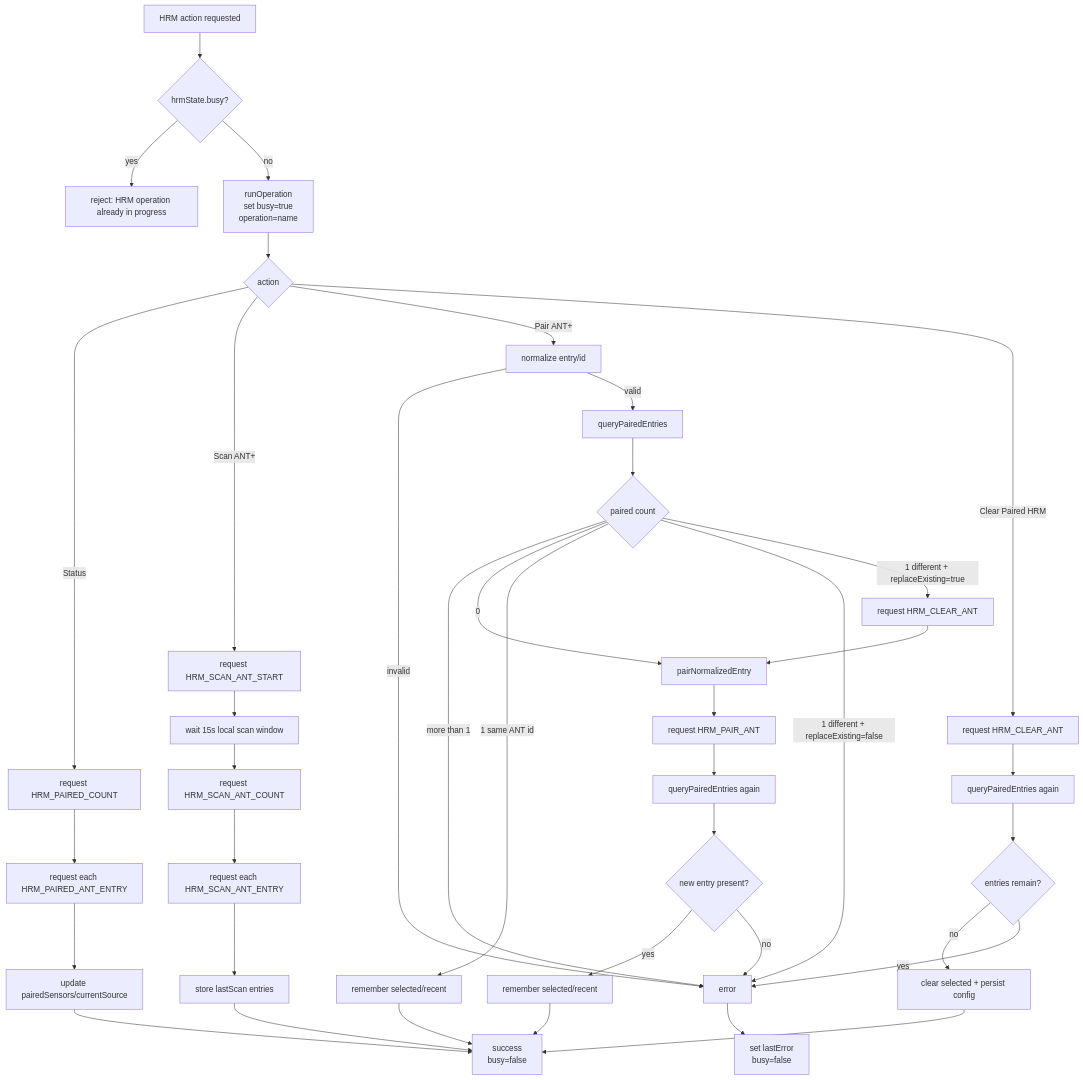
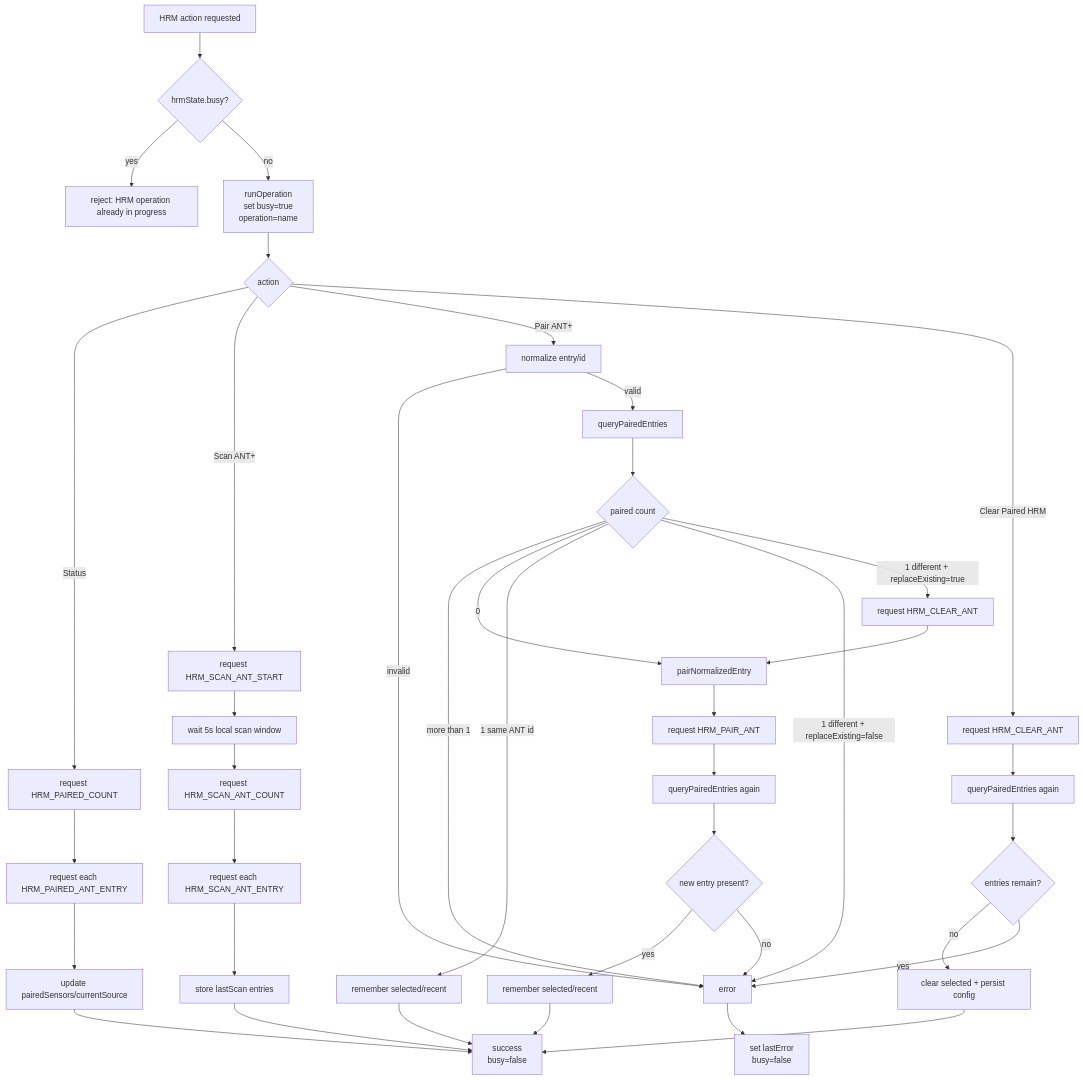
The second of 2 diagrams in apps/coretemp/README.md (HeatSuiteLabs/BangleApps), drawn with Mermaid before and after one commit. The commit also changed other lines of this file and 3 other files, not shown here.

Commit message:
Reduce ANT+ scan window from 15 to 5 seconds

````diff
--- a/apps/coretemp/README.md
+++ b/apps/coretemp/README.md
@@ -184,48 +184,48 @@
 ```mermaid
 flowchart TD
   A[HRM action requested] --> B{hrmState.busy?}
   B -->|yes| Z[reject: HRM operation already in progress]
   B -->|no| C[runOperation<br/>set busy=true<br/>operation=name]
 
   C --> D{action}
 
   D -->|Status| E[request HRM_PAIRED_COUNT]
   E --> F[request each HRM_PAIRED_ANT_ENTRY]
   F --> G[update pairedSensors/currentSource]
   G --> Y[success<br/>busy=false]
 
   D -->|Scan ANT+| H[request HRM_SCAN_ANT_START]
-  H --> I[wait 15s local scan window]
+  H --> I[wait 5s local scan window]
   I --> J[request HRM_SCAN_ANT_COUNT]
   J --> K[request each HRM_SCAN_ANT_ENTRY]
   K --> L[store lastScan entries]
   L --> Y
 
   D -->|Pair ANT+| M[normalize entry/id]
   M -->|invalid| X[error]
   M -->|valid| N[queryPairedEntries]
   N --> O{paired count}
   O -->|more than 1| X
   O -->|0| P[pairNormalizedEntry]
   O -->|1 same ANT id| Q[remember selected/recent]
   O -->|1 different + replaceExisting=false| X
   O -->|1 different + replaceExisting=true| R[request HRM_CLEAR_ANT]
   R --> P
   Q --> Y
 
   P --> S[request HRM_PAIR_ANT]
   S --> T[queryPairedEntries again]
   T --> U{new entry present?}
   U -->|yes| V[remember selected/recent]
   U -->|no| X
   V --> Y
 
   D -->|Clear Paired HRM| AA[request HRM_CLEAR_ANT]
   AA --> AB[queryPairedEntries again]
   AB --> AC{entries remain?}
   AC -->|no| AD[clear selected + persist config]
   AC -->|yes| X
   AD --> Y
 
   X --> AE[set lastError<br/>busy=false]
 ```
````
